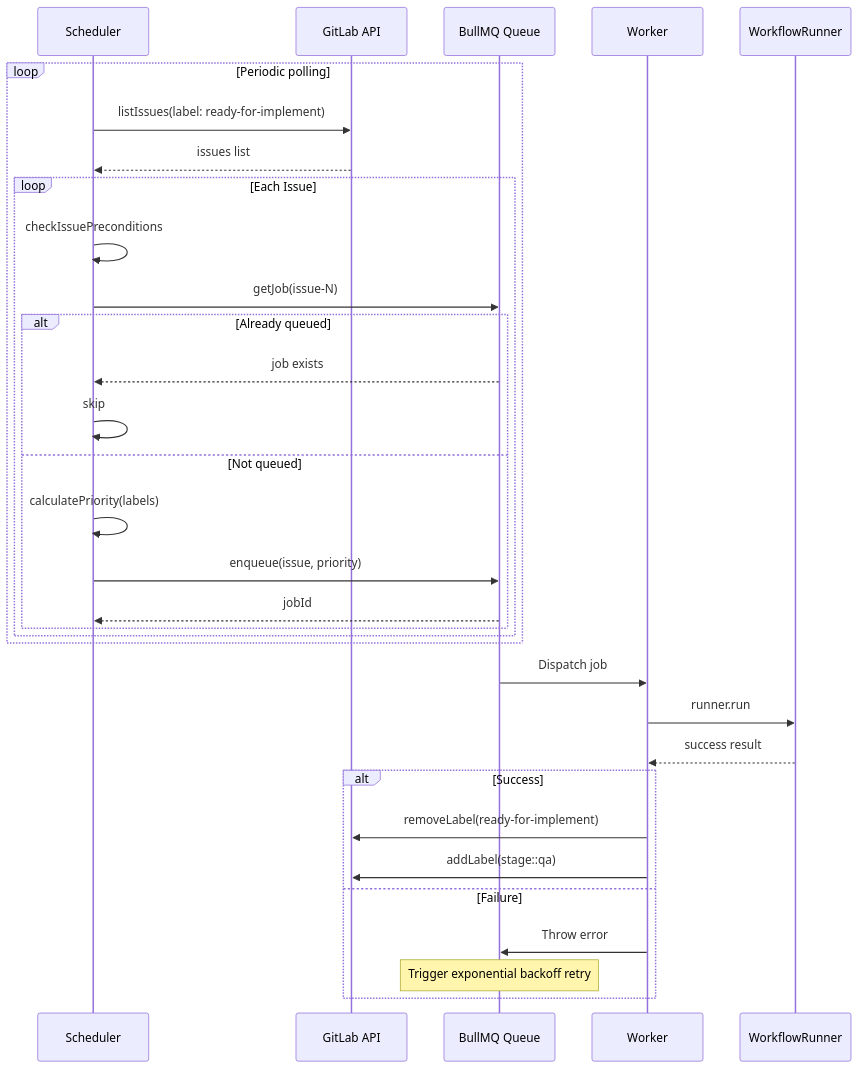
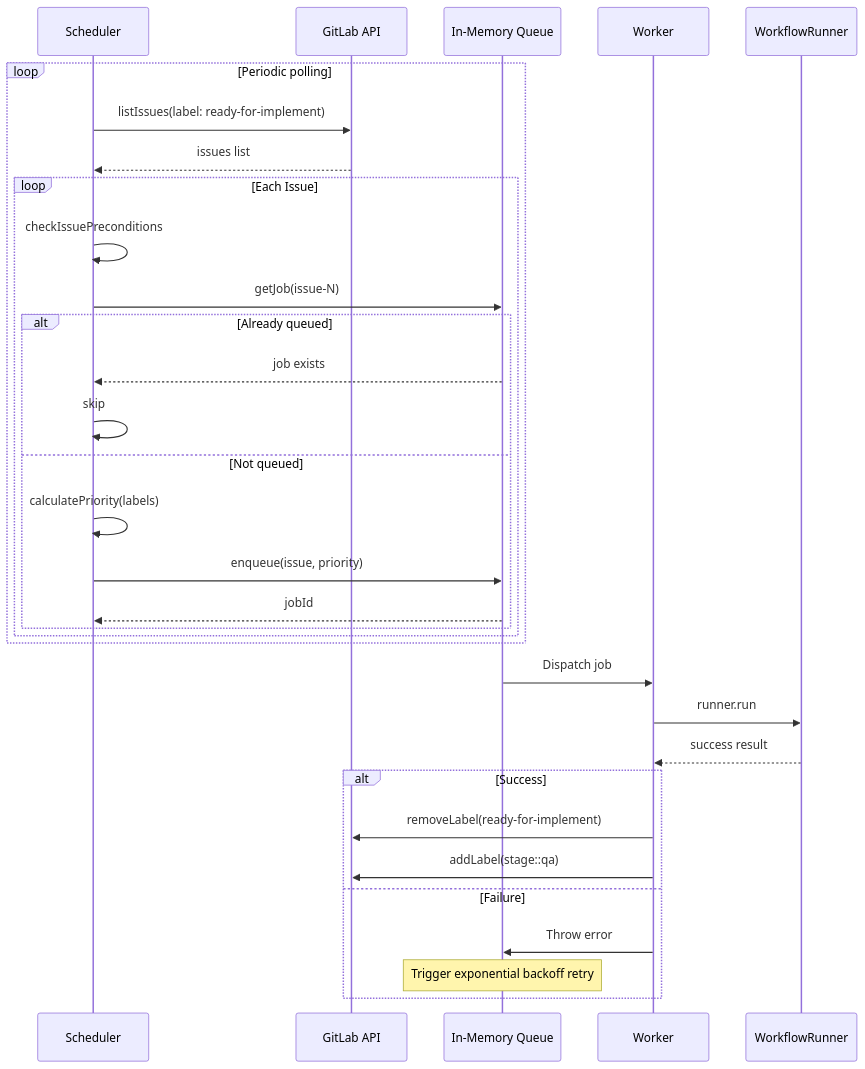
The ninth of 13 diagrams in docs/ARCHITECTURE.md (easyhaloo/afk), drawn with Mermaid before and after one commit. The commit also changed other lines of this file and 6 other files, not shown here.

First line of the commit message:
refactor: align ARCHITECTURE docs with actual implementation

````diff
--- a/docs/ARCHITECTURE.md
+++ b/docs/ARCHITECTURE.md
@@ -512,38 +551,38 @@
 ```mermaid
 sequenceDiagram
     participant S as Scheduler
     participant GL as GitLab API
-    participant Q as BullMQ Queue
+    participant Q as In-Memory Queue
     participant W as Worker
     participant R as WorkflowRunner
 
     loop Periodic polling
         S->>GL: listIssues(label: ready-for-implement)
         GL-->>S: issues list
 
         loop Each Issue
             S->>S: checkIssuePreconditions
             S->>Q: getJob(issue-N)
             alt Already queued
                 Q-->>S: job exists
                 S->>S: skip
             else Not queued
                 S->>S: calculatePriority(labels)
                 S->>Q: enqueue(issue, priority)
                 Q-->>S: jobId
             end
         end
     end
 
     Q->>W: Dispatch job
     W->>R: runner.run
     R-->>W: success result
 
     alt Success
         W->>GL: removeLabel(ready-for-implement)
         W->>GL: addLabel(stage::qa)
     else Failure
         W->>Q: Throw error
         Note over Q: Trigger exponential backoff retry
     end
 ```
````
